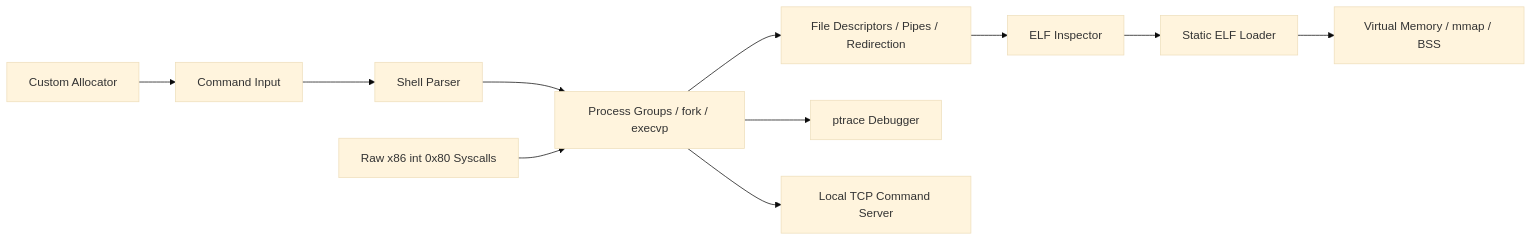
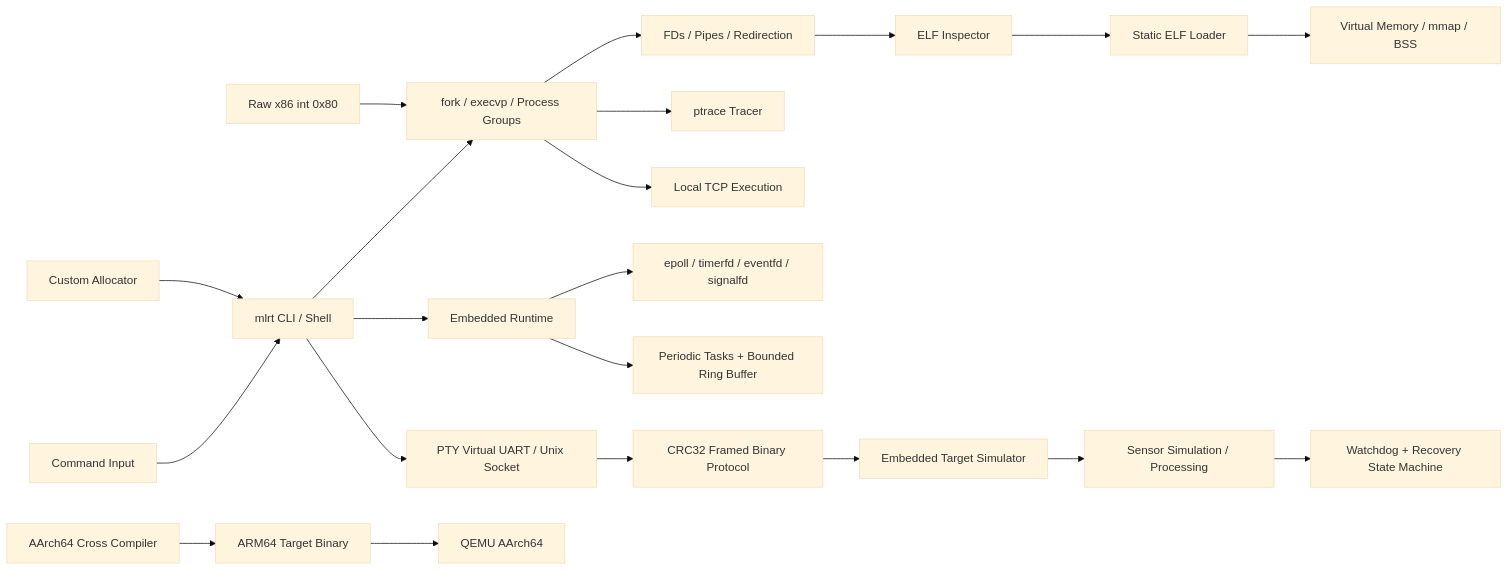
One commit to mohamedtah22/embedded-systems-runtime changed the diagram in README.md. Above: the diagram before and after it, drawn with Mermaid (base theme). The commit also changed other lines of this file and 31 other files, not shown here.

First line of the commit message:
Add hardware-free embedded Linux simulation platform

````diff
--- a/README.md
+++ b/README.md
@@ -9,13 +11,24 @@
 ```mermaid
 flowchart LR
-    A[Command Input] --> B[Shell Parser]
-    B --> C[Process Groups / fork / execvp]
-    C --> D[File Descriptors / Pipes / Redirection]
+    A[Command Input] --> B[mlrt CLI / Shell]
+    B --> C[fork / execvp / Process Groups]
+    C --> D[FDs / Pipes / Redirection]
     D --> E[ELF Inspector]
     E --> F[Static ELF Loader]
     F --> G[Virtual Memory / mmap / BSS]
-    C --> H[ptrace Debugger]
-    C --> I[Local TCP Command Server]
-    J[Raw x86 int 0x80 Syscalls] --> C
-    K[Custom Allocator] --> A
+    C --> H[ptrace Tracer]
+    C --> I[Local TCP Execution]
+    J[Raw x86 int 0x80] --> C
+    K[Custom Allocator] --> B
+
+    B --> L[Embedded Runtime]
+    L --> M[epoll / timerfd / eventfd / signalfd]
+    L --> N[Periodic Tasks + Bounded Ring Buffer]
+    B --> O[PTY Virtual UART / Unix Socket]
+    O --> P[CRC32 Framed Binary Protocol]
+    P --> Q[Embedded Target Simulator]
+    Q --> R[Sensor Simulation / Processing]
+    R --> S[Watchdog + Recovery State Machine]
+    T[AArch64 Cross Compiler] --> U[ARM64 Target Binary]
+    U --> V[QEMU AArch64]
 ```
````
